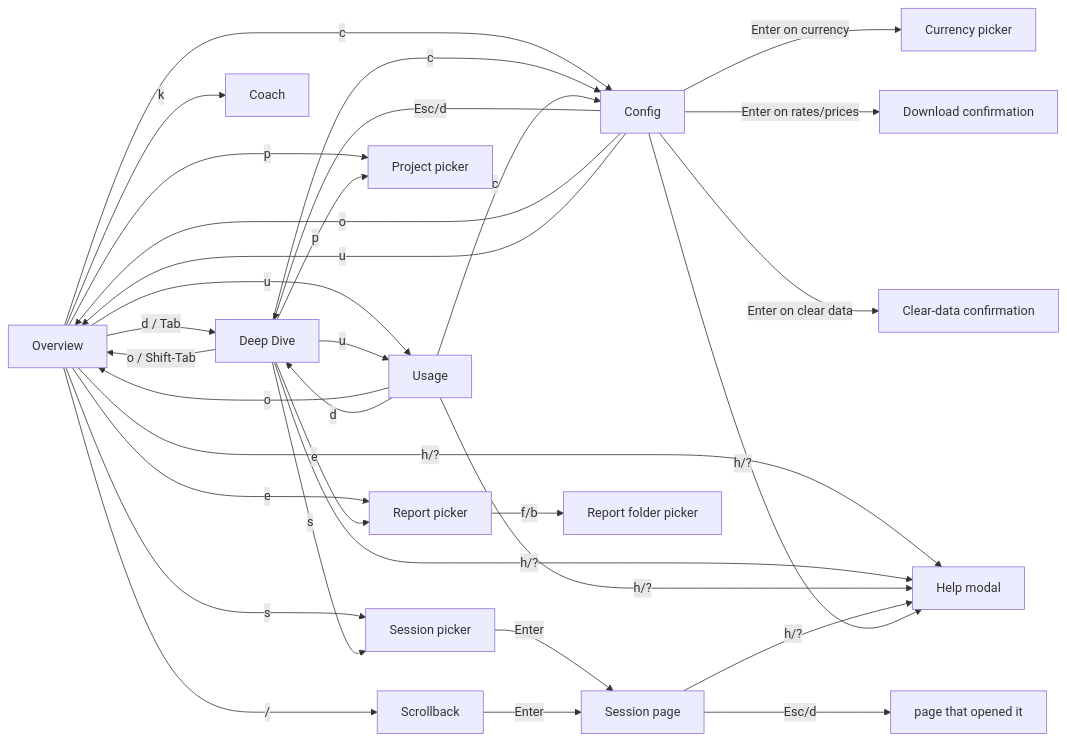
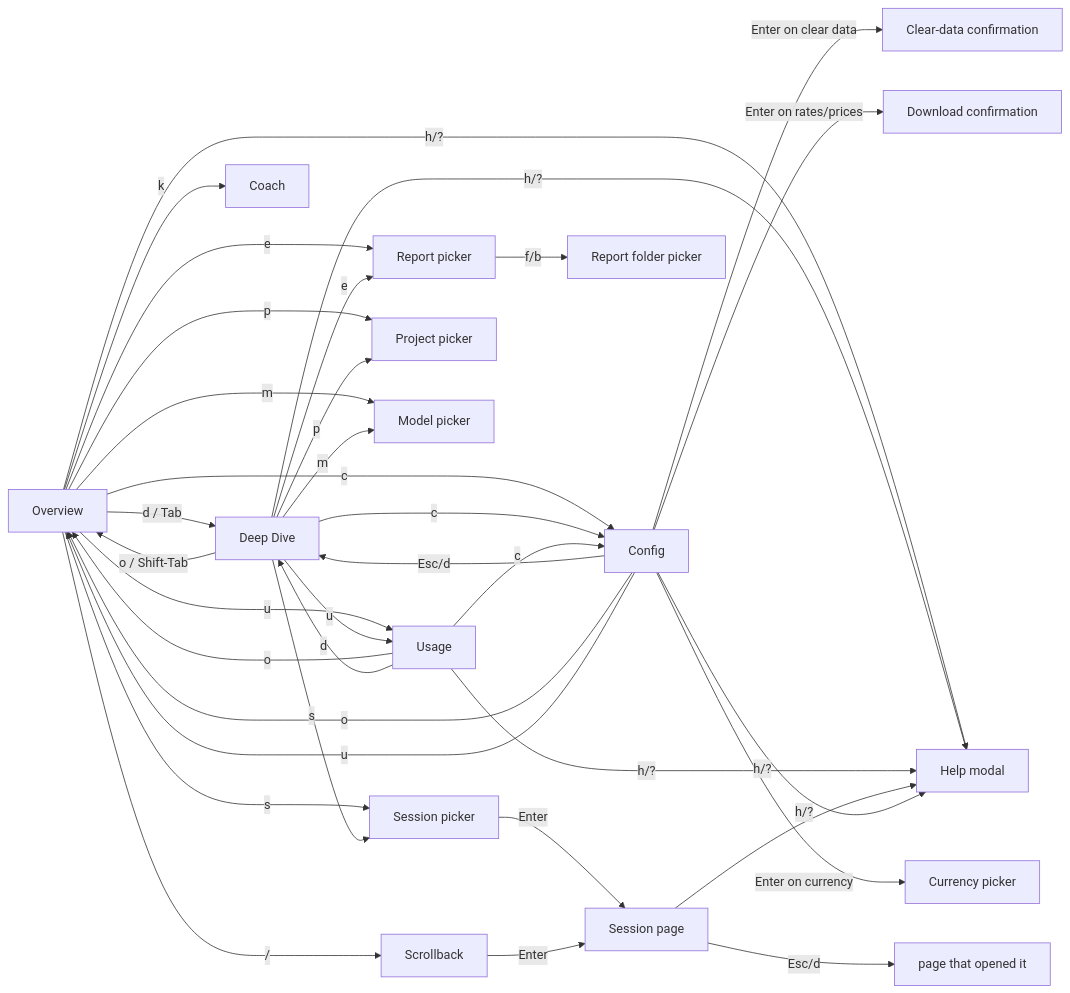
One commit to russmckendrick/tokenuse changed the fourth of 5 diagrams in docs/development/architecture.md. Above: the diagram before and after it, drawn with Mermaid. The commit also changed other lines of this file and 33 other files, not shown here.

````diff
--- a/docs/development/architecture.md
+++ b/docs/development/architecture.md
@@ -145,35 +147,37 @@
 ```mermaid
 flowchart LR
     O[Overview] -- d / Tab --> DD[Deep Dive]
     O -- u --> U[Usage]
     O -- c --> Cfg[Config]
     O -- s --> SP[Session picker]
     SP -- Enter --> Sess[Session page]
     O -- k --> K[Coach]
     O -- / --> SB[Scrollback]
     SB -- Enter --> Sess
     DD -- o / Shift-Tab --> O
     DD -- u --> U
     DD -- s --> SP
     DD -- c --> Cfg
     U -- o --> O
     U -- d --> DD
     U -- c --> Cfg
     Cfg -- Esc/d --> DD
     Cfg -- o --> O
     Cfg -- u --> O
     Sess -- Esc/d --> Ret[page that opened it]
     O -- p --> Pick[Project picker]
     DD -- p --> Pick
+    O -- m --> MPick[Model picker]
+    DD -- m --> MPick
     O -- e --> Exp[Report picker]
     DD -- e --> Exp
     Exp -- f/b --> FPick[Report folder picker]
     Cfg -- Enter on currency --> Curr[Currency picker]
     Cfg -- Enter on rates/prices --> DL[Download confirmation]
     Cfg -- Enter on clear data --> Clear[Clear-data confirmation]
     O -- h/? --> Help[Help modal]
     DD -- h/? --> Help
     U -- h/? --> Help
     Sess -- h/? --> Help
     Cfg -- h/? --> Help
 ```
````
